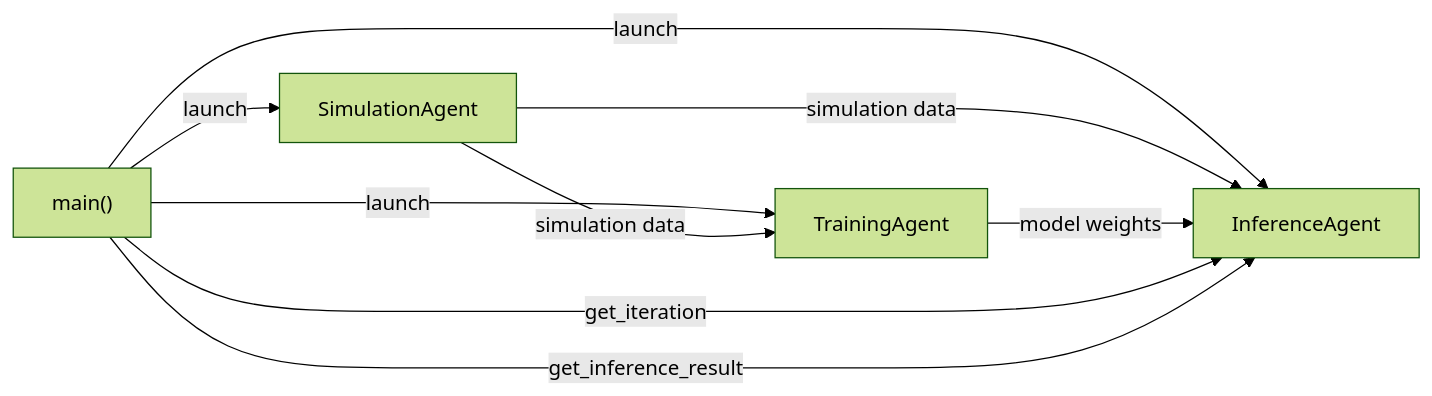
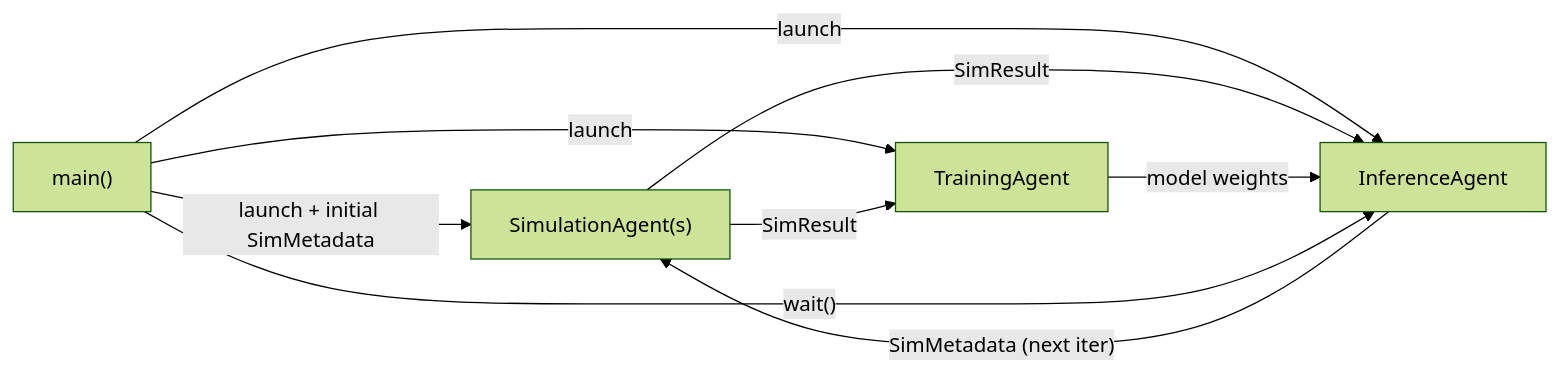
The diagram in examples/minimal_pattern/README.md (braceal/deepdrivewe-academy), drawn with Mermaid (forest theme) before and after one commit. The commit also changed other lines of this file and 2 other files, not shown here.

Commit message:
minimal data flow with N simulation agents and SimResult

````diff
--- a/examples/minimal_pattern/README.md
+++ b/examples/minimal_pattern/README.md
@@ -22,13 +22,13 @@
 ```mermaid
 graph LR
-    M["main()"] -->|launch| SA[SimulationAgent]
+    M["main()"] -->|"launch + initial SimMetadata"| SA["SimulationAgent(s)"]
     M -->|launch| TA[TrainingAgent]
     M -->|launch| IA[InferenceAgent]
 
-    SA -->|simulation data| TA
-    SA -->|simulation data| IA
+    SA -->|SimResult| TA
+    SA -->|SimResult| IA
     TA -->|model weights| IA
+    IA -->|"SimMetadata (next iter)"| SA
 
-    M -->|get_iteration| IA
-    M -->|get_inference_result| IA
+    M -->|"wait()"| IA
 ```
````
